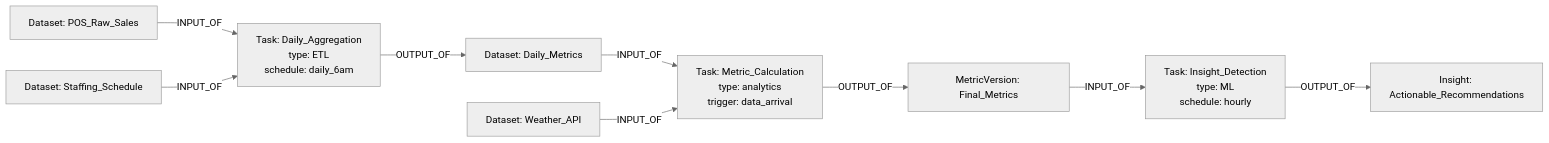
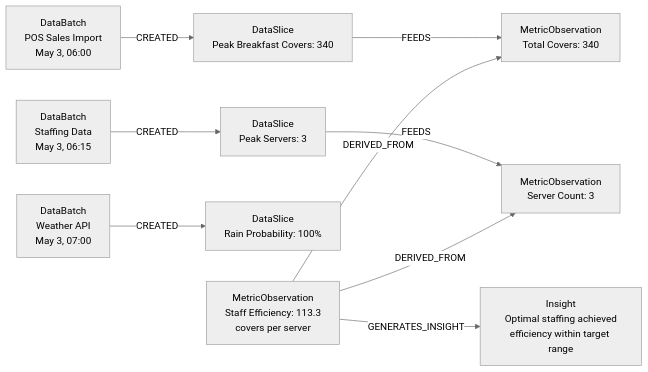
Before and after one commit to maxshuang/graphiti: diagram 12 of 14 in docs/understanding_layer_design.md, drawn with Mermaid (neutral theme). The commit also changed other lines of this file, not shown here.

Commit message:
feat: Update implementation phasing and enhance mermaid diagrams for clarity and detail

````diff
--- a/docs/understanding_layer_design.md
+++ b/docs/understanding_layer_design.md
@@ -419,21 +443,29 @@
 ```mermaid
 graph LR
-    DS1[Dataset: POS_Raw_Sales]
-    DS2[Dataset: Staffing_Schedule]
-    DS3[Dataset: Weather_API]
+    DB_POS[DataBatch<br/>POS Sales Import<br/>May 3, 06:00]
+    DB_Staff[DataBatch<br/>Staffing Data<br/>May 3, 06:15]
+    DB_Weather[DataBatch<br/>Weather API<br/>May 3, 07:00]
     
-    T1[Task: Daily_Aggregation<br/>type: ETL<br/>schedule: daily_6am]
-    T2[Task: Metric_Calculation<br/>type: analytics<br/>trigger: data_arrival]
-    T3[Task: Insight_Detection<br/>type: ML<br/>schedule: hourly]
+    DS_Covers[DataSlice<br/>Peak Breakfast Covers: 340]
+    DS_Staff[DataSlice<br/>Peak Servers: 3]
+    DS_Weather[DataSlice<br/>Rain Probability: 100%]
     
-    DS1 -->|INPUT_OF| T1
-    DS2 -->|INPUT_OF| T1
-    T1 -->|OUTPUT_OF| DS4[Dataset: Daily_Metrics]
+    MO_Covers[MetricObservation<br/>Total Covers: 340]
+    MO_Staff[MetricObservation<br/>Server Count: 3]
     
-    DS4 -->|INPUT_OF| T2
-    DS3 -->|INPUT_OF| T2
-    T2 -->|OUTPUT_OF| MV_Final[MetricVersion: Final_Metrics]
+    MO_Efficiency[MetricObservation<br/>Staff Efficiency: 113.3<br/>covers per server]
     
-    MV_Final -->|INPUT_OF| T3
-    T3 -->|OUTPUT_OF| InsightFinal[Insight: Actionable_Recommendations]
+    Insight_Final[Insight<br/>Optimal staffing achieved<br/>efficiency within target range]
+    
+    DB_POS -->|CREATED| DS_Covers
+    DB_Staff -->|CREATED| DS_Staff
+    DB_Weather -->|CREATED| DS_Weather
+    
+    DS_Covers -->|FEEDS| MO_Covers
+    DS_Staff -->|FEEDS| MO_Staff
+    
+    MO_Efficiency -->|DERIVED_FROM| MO_Covers
+    MO_Efficiency -->|DERIVED_FROM| MO_Staff
+    
+    MO_Efficiency -->|GENERATES_INSIGHT| Insight_Final
 ```
````
